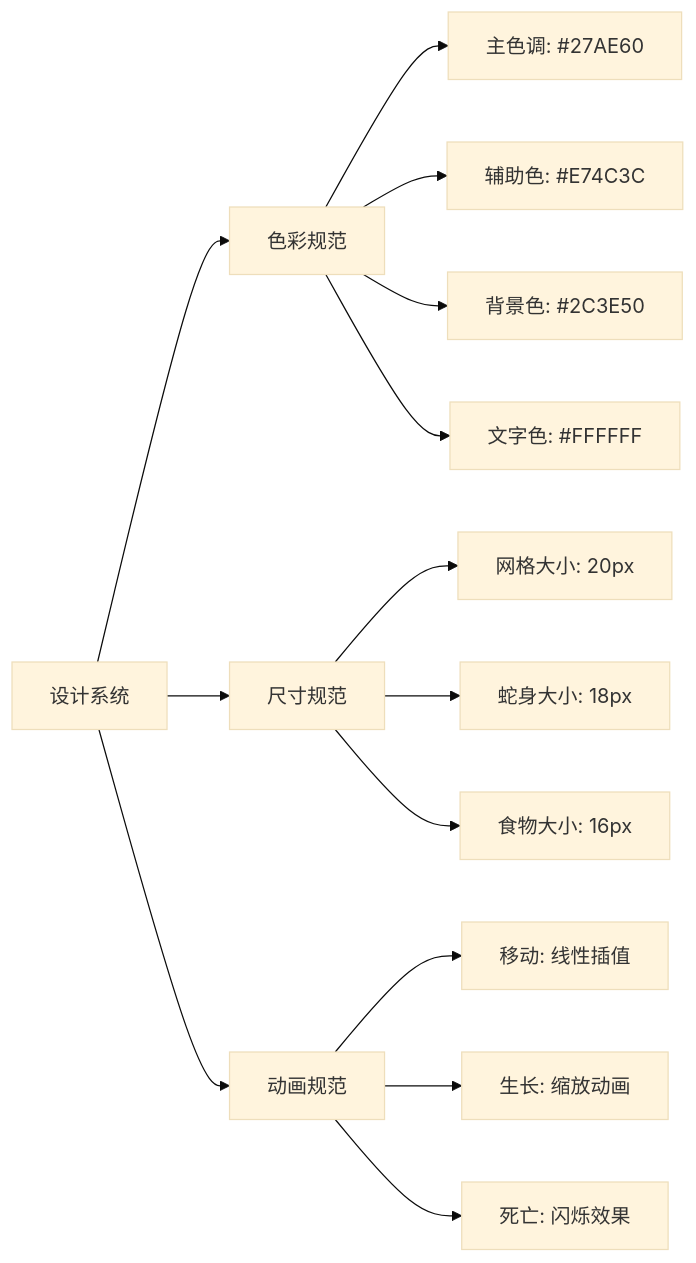
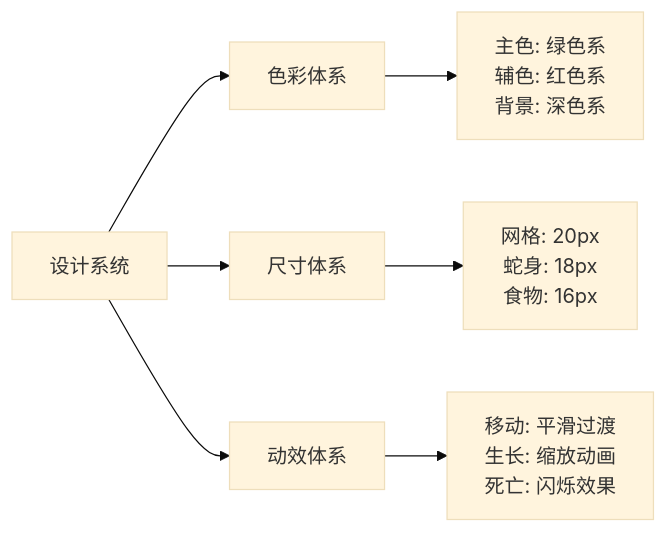
One commit to youjing-mz/snake changed the second of 9 diagrams in 课时2-核心游戏逻辑实现/README.md. Above: the diagram before and after it, drawn with Mermaid (base theme). The commit also changed other lines of this file and 8 other files, not shown here.

````diff
--- a/课时2-核心游戏逻辑实现/README.md
+++ b/课时2-核心游戏逻辑实现/README.md
@@ -31,19 +42,10 @@
 ```mermaid
 graph LR
-    A[设计系统] --> B[色彩规范]
-    A --> C[尺寸规范]
-    A --> D[动画规范]
+    A[设计系统] --> B[色彩体系]
+    A --> C[尺寸体系]
+    A --> D[动效体系]
     
-    B --> B1[主色调: #27AE60]
-    B --> B2[辅助色: #E74C3C]
-    B --> B3[背景色: #2C3E50]
-    B --> B4[文字色: #FFFFFF]
-    
-    C --> C1[网格大小: 20px]
-    C --> C2[蛇身大小: 18px]
-    C --> C3[食物大小: 16px]
-    
-    D --> D1[移动: 线性插值]
-    D --> D2[生长: 缩放动画]
-    D --> D3[死亡: 闪烁效果]
+    B --> B1[主色: 绿色系<br/>辅色: 红色系<br/>背景: 深色系]
+    C --> C1[网格: 20px<br/>蛇身: 18px<br/>食物: 16px]
+    D --> D1[移动: 平滑过渡<br/>生长: 缩放动画<br/>死亡: 闪烁效果]
 ```
````
